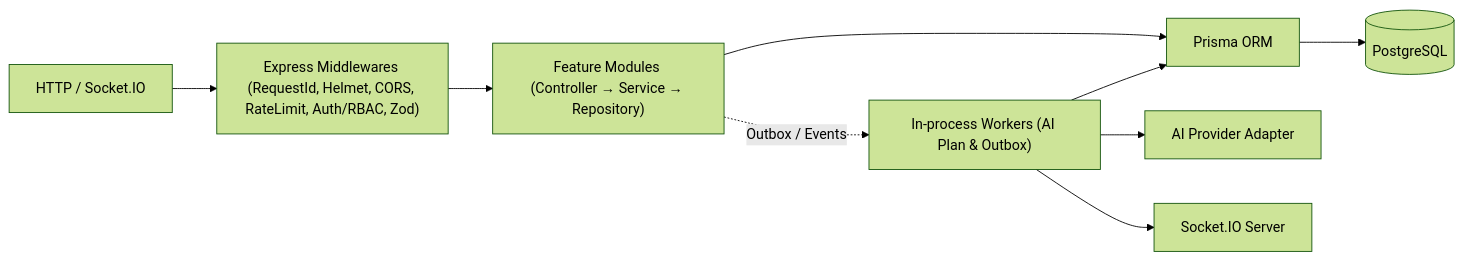
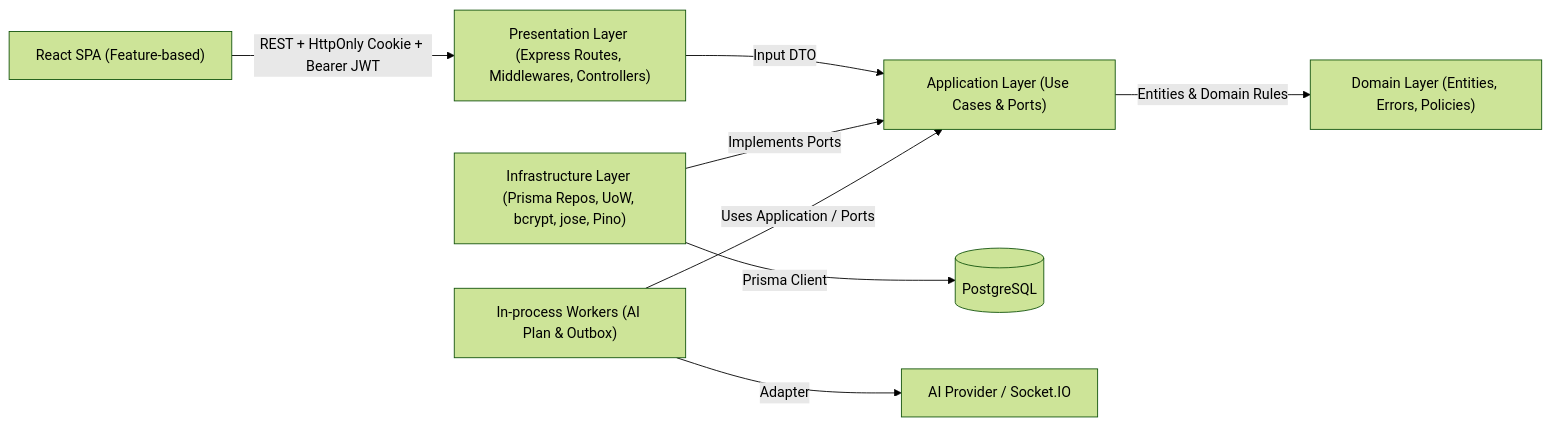
One commit to TrTinh34/flowpilot-ai changed the second of 12 diagrams in docs/04-System-Design.md. Above: the diagram before and after it, drawn with Mermaid (forest theme). The commit also changed other lines of this file and 72 other files, not shown here.

Commit message:
refactor(architecture): migrate backend to feature-based clean architecture

````diff
--- a/docs/04-System-Design.md
+++ b/docs/04-System-Design.md
@@ -23,11 +52,10 @@
 ```mermaid
 flowchart LR
- REQ[HTTP / Socket.IO] --> MW["Express Middlewares (RequestId, Helmet, CORS, RateLimit, Auth/RBAC, Zod)"]
- MW --> MOD["Feature Modules (Controller → Service → Repository)"]
- MOD --> PRISMA["Prisma ORM"]
- PRISMA --> PG[(PostgreSQL)]
- MOD -.->|Outbox / Events| JOB["In-process Workers (AI Plan & Outbox)"]
- JOB --> PRISMA
- JOB --> AI["AI Provider Adapter"]
- JOB --> IO["Socket.IO Server"]
+  CLIENT["React SPA (Feature-based)"] -->|REST + HttpOnly Cookie + Bearer JWT| PRES["Presentation Layer (Express Routes, Middlewares, Controllers)"]
+  PRES -->|Input DTO| APP["Application Layer (Use Cases & Ports)"]
+  APP -->|Entities & Domain Rules| DOM["Domain Layer (Entities, Errors, Policies)"]
+  INFRA["Infrastructure Layer (Prisma Repos, UoW, bcrypt, jose, Pino)"] -->|Implements Ports| APP
+  INFRA -->|Prisma Client| PG[(PostgreSQL)]
+  MOD_BG["In-process Workers (AI Plan & Outbox)"] -->|Uses Application / Ports| APP
+  MOD_BG -->|Adapter| AI["AI Provider / Socket.IO"]
 ```
````
